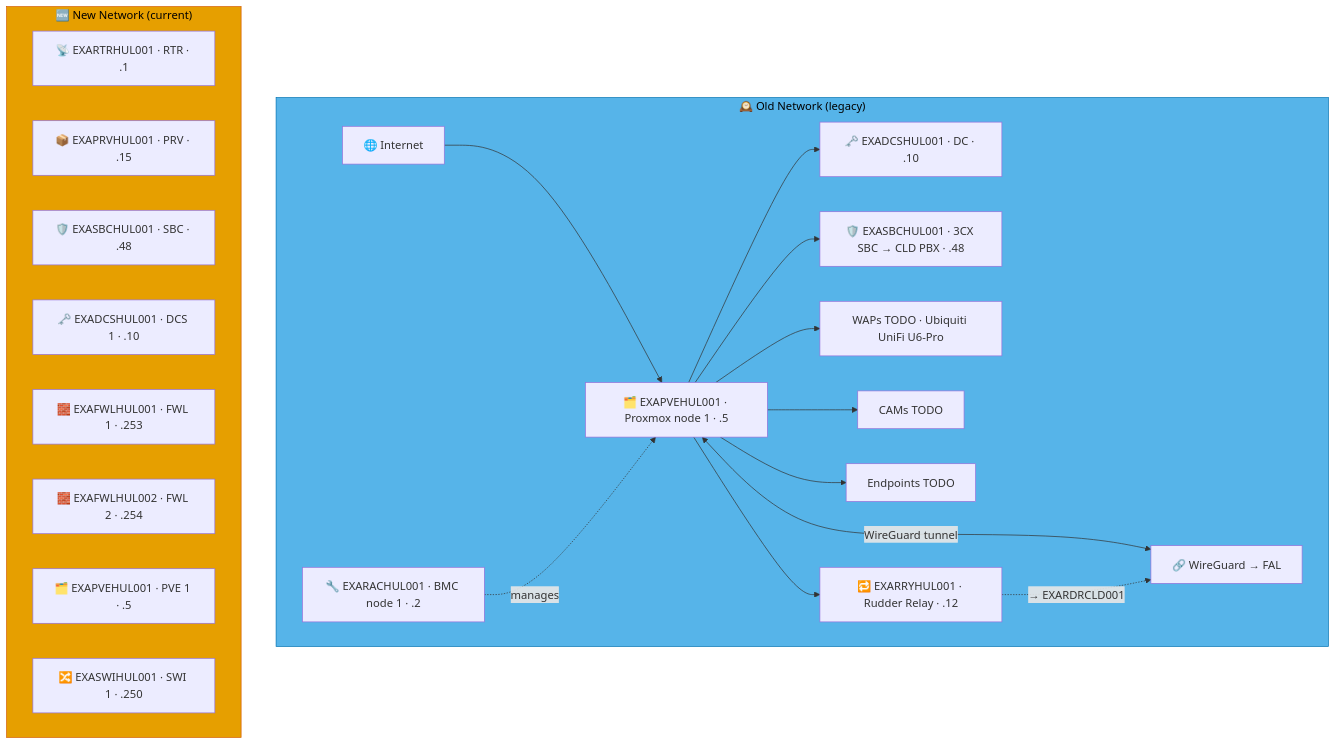
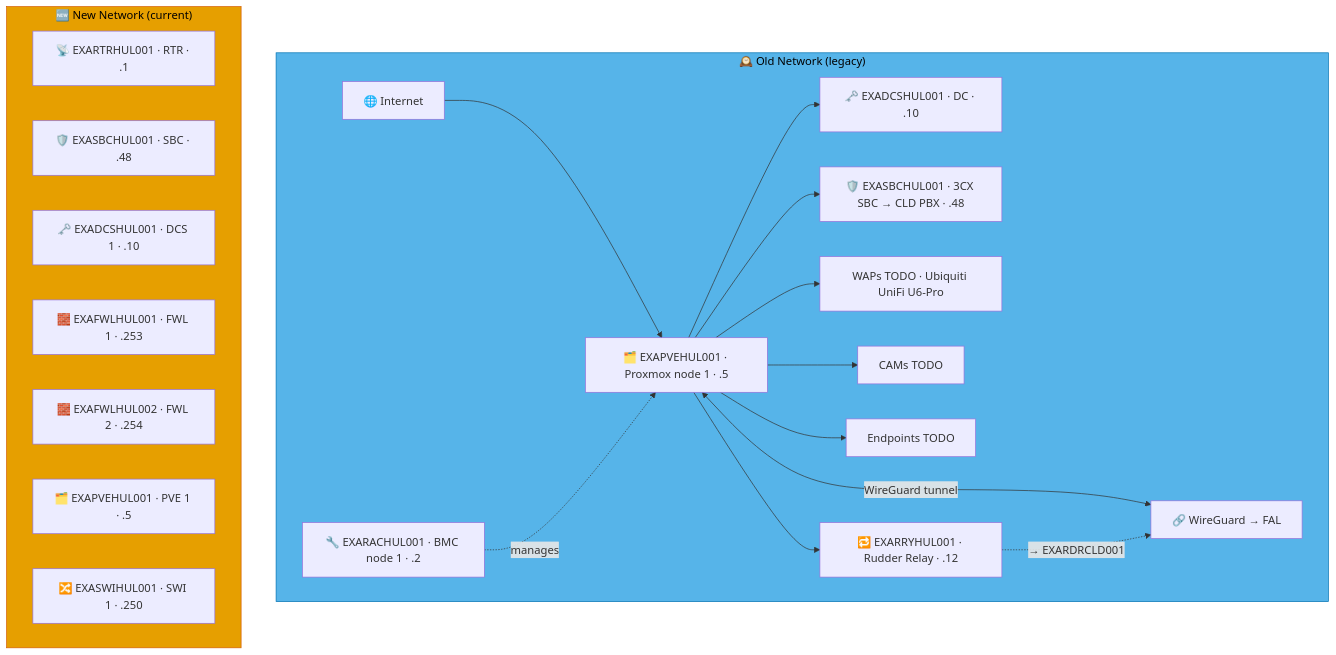
The eighth of 9 diagrams in docs/network-diagram/england.md (knightmare2600/example_music_infra), drawn with Mermaid before and after one commit. The commit also changed other lines of this file and 55 other files, not shown here.

````diff
--- a/docs/network-diagram/england.md
+++ b/docs/network-diagram/england.md
@@ -410,37 +403,36 @@
 ```mermaid
 graph TD
     subgraph OLD_HUL ["🕰️ Old Network (legacy)"]
       INET["🌐 Internet"]
       RAC["🔧 EXARACHUL001 · BMC node 1 · .2"]
       PVE["🗂️ EXAPVEHUL001 · Proxmox node 1 · .5"]
       DC["🗝️ EXADCSHUL001 · DC · .10"]
       SBC["🛡️ EXASBCHUL001 · 3CX SBC → CLD PBX · .48"]
       RRY["🔁 EXARRYHUL001 · Rudder Relay · .12"]
       WAP["WAPs TODO · Ubiquiti UniFi U6-Pro"]
       CAM["CAMs TODO"]
       EP["Endpoints TODO"]
       VPN["🔗 WireGuard → FAL"]
 
       INET --> PVE --> DC & SBC
       RAC -.->|"manages"| PVE
       PVE --> WAP & CAM & EP
       PVE <-->|"WireGuard tunnel"| VPN
 
       PVE --> RRY
       RRY -. "→ EXARDRCLD001" .-> VPN
     end
     style OLD_HUL fill:#56B4E9,stroke:#0072B2,color:#000000
     %% GENERATED:NEW-NETWORK:HUL:START
     subgraph NEW_HUL ["🆕 New Network (current)"]
       N_RTR["📡 EXARTRHUL001 · RTR · .1"]
-      N_PRV["📦 EXAPRVHUL001 · PRV · .15"]
       N_SBC["🛡️ EXASBCHUL001 · SBC · .48"]
       N_DCS["🗝️ EXADCSHUL001 · DCS 1 · .10"]
       N_FWL["🧱 EXAFWLHUL001 · FWL 1 · .253"]
       N_FWL2["🧱 EXAFWLHUL002 · FWL 2 · .254"]
       N_PVE["🗂️ EXAPVEHUL001 · PVE 1 · .5"]
       N_SWI["🔀 EXASWIHUL001 · SWI 1 · .250"]
     end
     style NEW_HUL fill:#E69F00,stroke:#D55E00,color:#000000
     %% GENERATED:NEW-NETWORK:HUL:END
 ```
````
